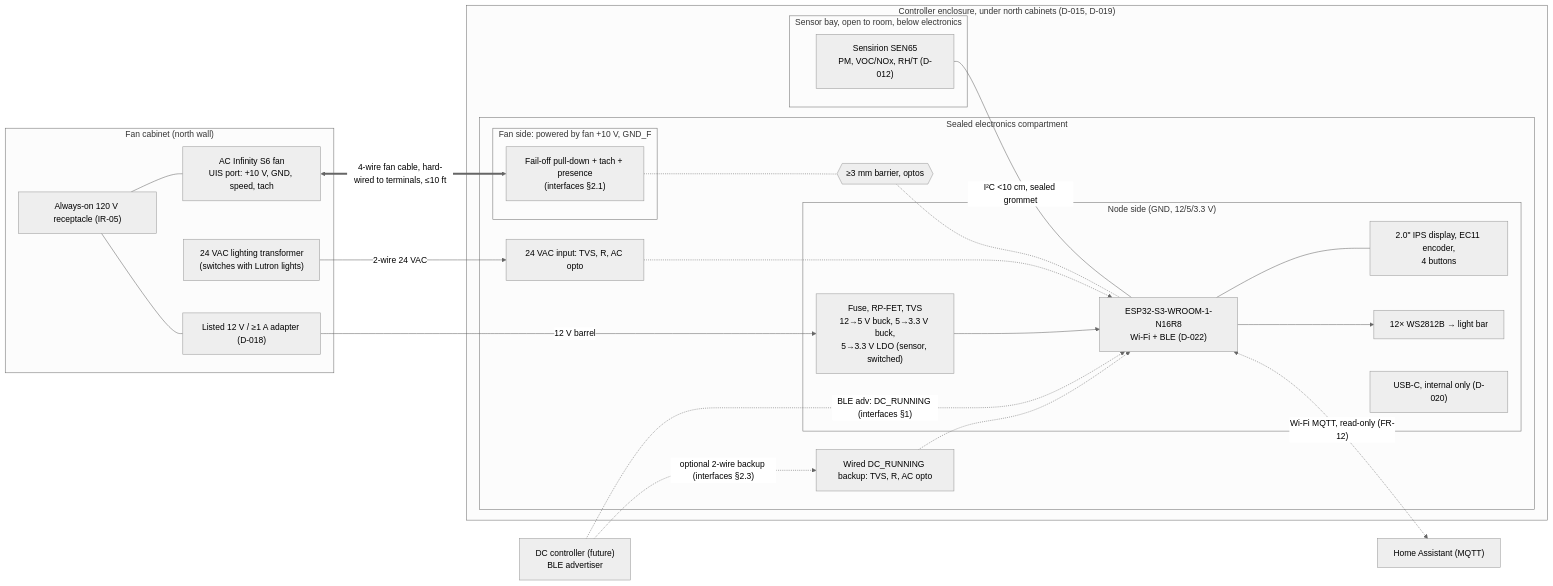
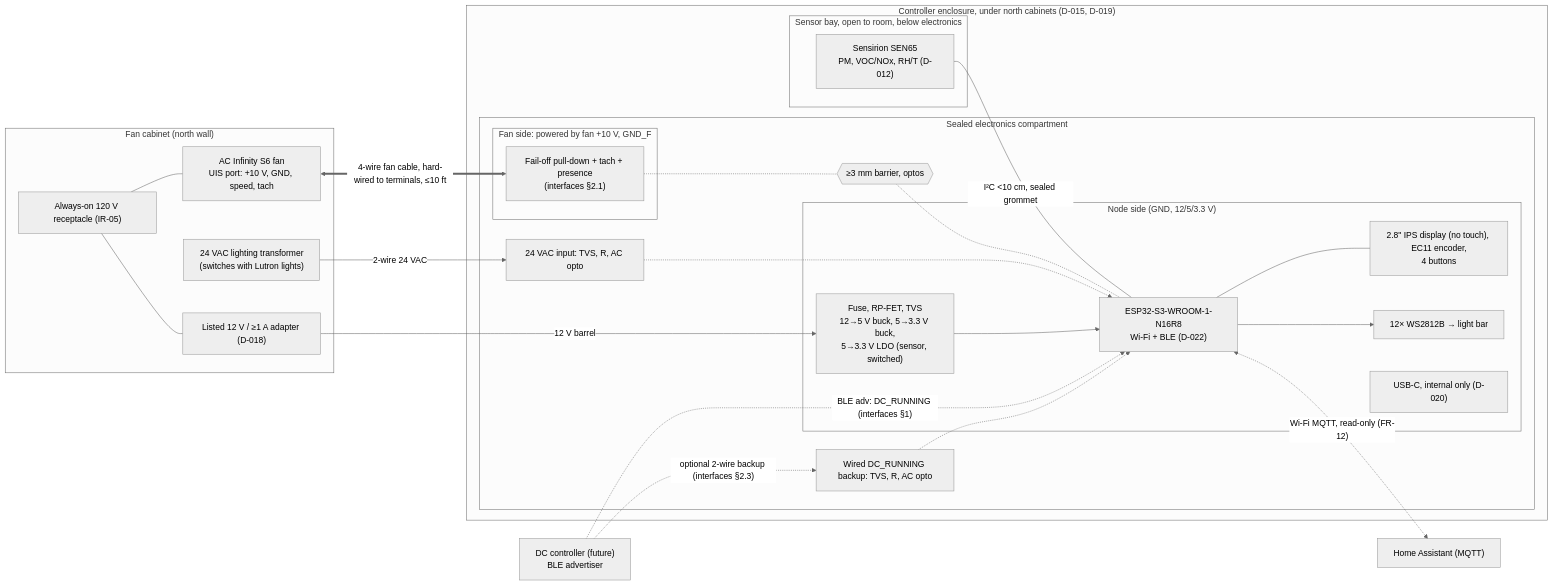
One commit to metcalf/shop-exhaust-control changed the diagram in docs/architecture.md. Above: the diagram before and after it, drawn with Mermaid (neutral theme). The commit also changed other lines of this file and 4 other files, not shown here.

First line of the commit message:
Display: 2.8" IPS, no touch (D-022 amended)

````diff
--- a/docs/architecture.md
+++ b/docs/architecture.md
@@ -9,46 +9,46 @@
 ```mermaid
 flowchart LR
   subgraph CAB["Fan cabinet (north wall)"]
     REC["Always-on 120 V receptacle (IR-05)"]
     S6["AC Infinity S6 fan<br/>UIS port: +10 V, GND, speed, tach"]
     XFMR["24 VAC lighting transformer<br/>(switches with Lutron lights)"]
     PSU["Listed 12 V / ≥1 A adapter (D-018)"]
     REC --- S6
     REC --- PSU
   end
 
   subgraph ENC["Controller enclosure, under north cabinets (D-015, D-019)"]
     subgraph EC["Sealed electronics compartment"]
       subgraph FS["Fan side: powered by fan +10 V, GND_F"]
         FAN_IF["Fail-off pull-down + tach + presence<br/>(interfaces §2.1)"]
       end
       BAR1{{"≥3 mm barrier, optos"}}
       subgraph NODE["Node side (GND, 12/5/3.3 V)"]
         MCU["ESP32-S3-WROOM-1-N16R8<br/>Wi-Fi + BLE (D-022)"]
         PWR["Fuse, RP-FET, TVS<br/>12→5 V buck, 5→3.3 V buck,<br/>5→3.3 V LDO (sensor, switched)"]
-        PANEL["2.0&quot; IPS display, EC11 encoder,<br/>4 buttons"]
+        PANEL["2.8&quot; IPS display (no touch), EC11 encoder,<br/>4 buttons"]
         LEDS["12× WS2812B → light bar"]
         USB["USB-C, internal only (D-020)"]
       end
       OCC_IF["24 VAC input: TVS, R, AC opto"]
       DC_IF["Wired DC_RUNNING backup: TVS, R, AC opto"]
     end
     subgraph BAY["Sensor bay, open to room, below electronics"]
       SEN["Sensirion SEN65<br/>PM, VOC/NOx, RH/T (D-012)"]
     end
   end
 
   DC["DC controller (future)<br/>BLE advertiser"]
   HA["Home Assistant (MQTT)"]
 
   S6 <== "4-wire fan cable, hard-wired to terminals, ≤10 ft" ==> FAN_IF
   FAN_IF -.- BAR1 -.- MCU
   XFMR -- "2-wire 24 VAC" --> OCC_IF -.-> MCU
   PSU -- "12 V barrel" --> PWR --> MCU
   SEN -- "I²C <10 cm, sealed grommet" --- MCU
   MCU --- PANEL
   MCU --> LEDS
   DC -. "BLE adv: DC_RUNNING (interfaces §1)" .-> MCU
   DC -. "optional 2-wire backup (interfaces §2.3)" .-> DC_IF -.-> MCU
   MCU <-. "Wi-Fi MQTT, read-only (FR-12)" .-> HA
 ```
````
